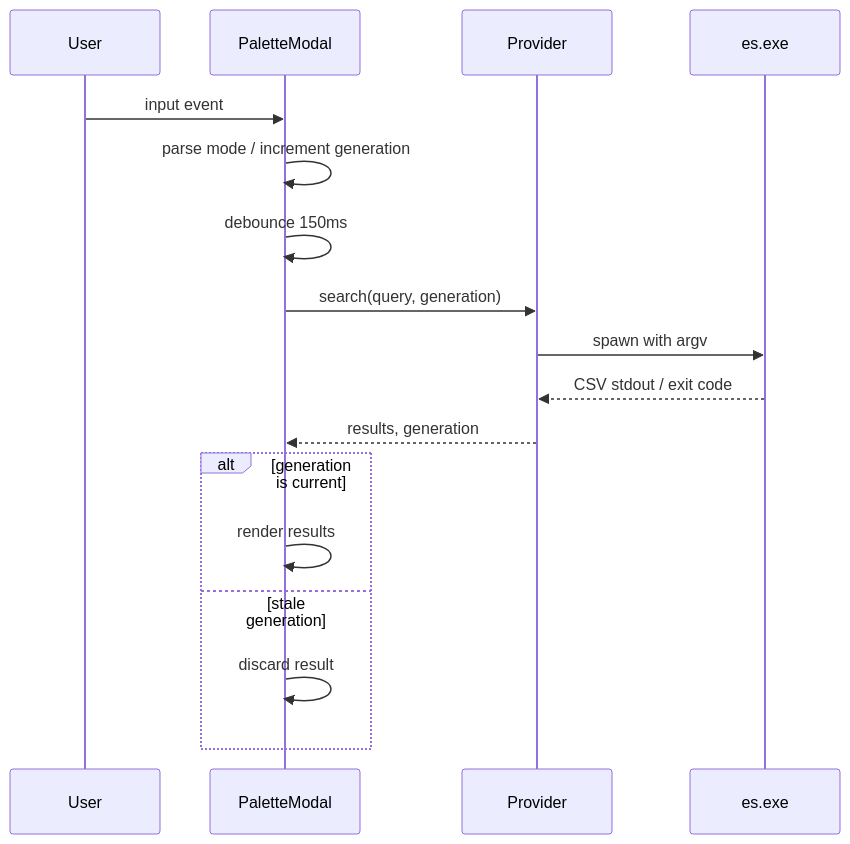
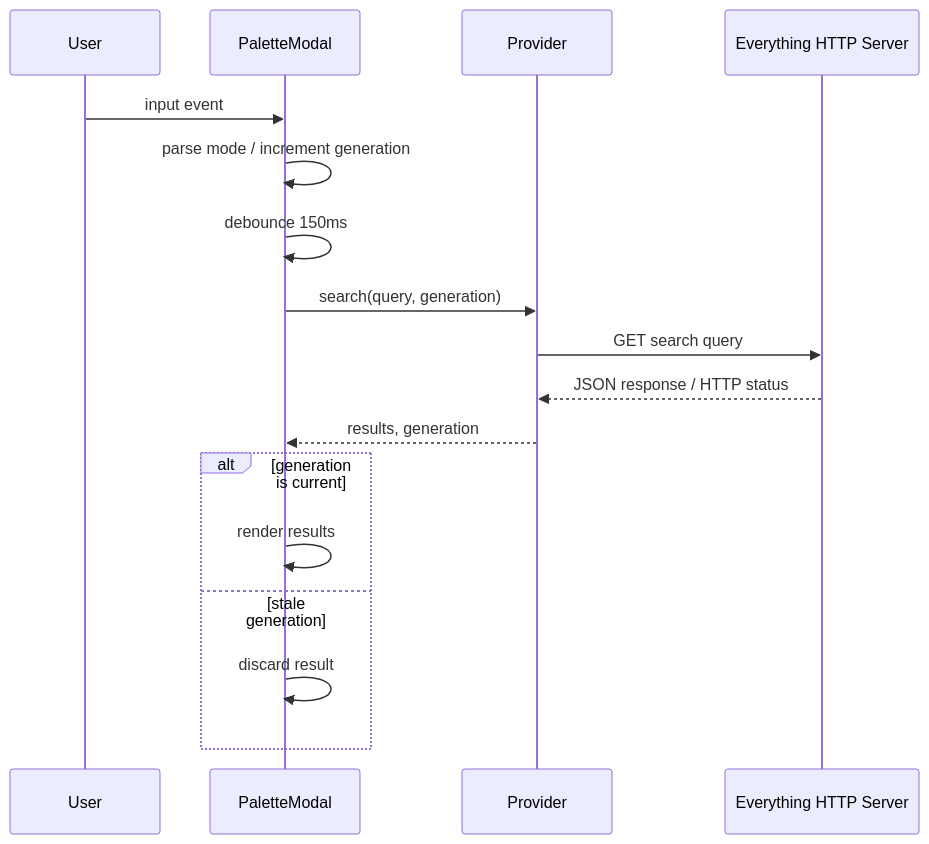
Before and after one commit to 22-2/obsidian-my-palette: the diagram in docs/DETAILED_SPECIFICATION.md, drawn with Mermaid. The commit also changed other lines of this file and 19 other files, not shown here.

Commit message:
chore: everything integration via official HTTP Server JSON API

````diff
--- a/docs/DETAILED_SPECIFICATION.md
+++ b/docs/DETAILED_SPECIFICATION.md
@@ -543,20 +524,20 @@
 ```mermaid
 sequenceDiagram
     participant U as User
     participant M as PaletteModal
     participant P as Provider
-    participant E as es.exe
+    participant E as Everything HTTP Server
 
     U->>M: input event
     M->>M: parse mode / increment generation
     M->>M: debounce 150ms
     M->>P: search(query, generation)
-    P->>E: spawn with argv
-    E-->>P: CSV stdout / exit code
+    P->>E: GET search query
+    E-->>P: JSON response / HTTP status
     P-->>M: results, generation
     alt generation is current
         M->>M: render results
     else stale generation
         M->>M: discard result
     end
 ```
````
